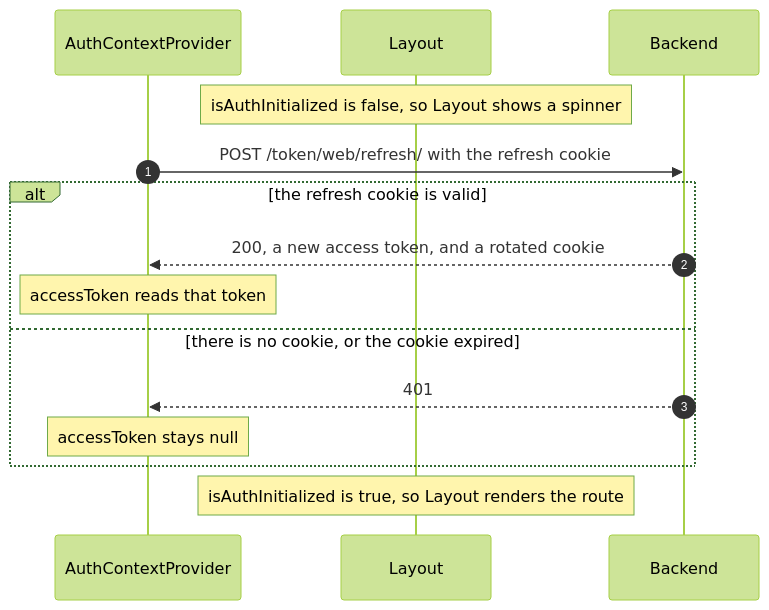
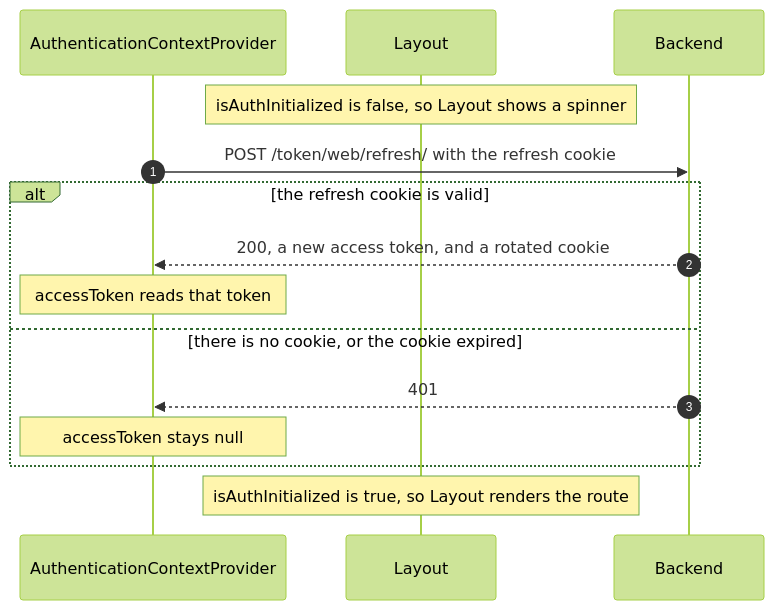
One commit to floels/pinit changed the second of 4 diagrams in web/doc/authentication.md. Above: the diagram before and after it, drawn with Mermaid (forest theme). The commit also changed other lines of this file and 28 other files, not shown here.

````diff
--- a/web/doc/authentication.md
+++ b/web/doc/authentication.md
@@ -139,18 +132,18 @@
 ```mermaid
 sequenceDiagram
     autonumber
-    participant P as AuthContextProvider
+    participant P as AuthenticationContextProvider
     participant L as Layout
     participant B as Backend
 
     Note over L: isAuthInitialized is false, so Layout shows a spinner
     P->>B: POST /token/web/refresh/ with the refresh cookie
     alt the refresh cookie is valid
         B-->>P: 200, a new access token, and a rotated cookie
         Note over P: accessToken reads that token
     else there is no cookie, or the cookie expired
         B-->>P: 401
         Note over P: accessToken stays null
     end
     Note over L: isAuthInitialized is true, so Layout renders the route
 ```
````
